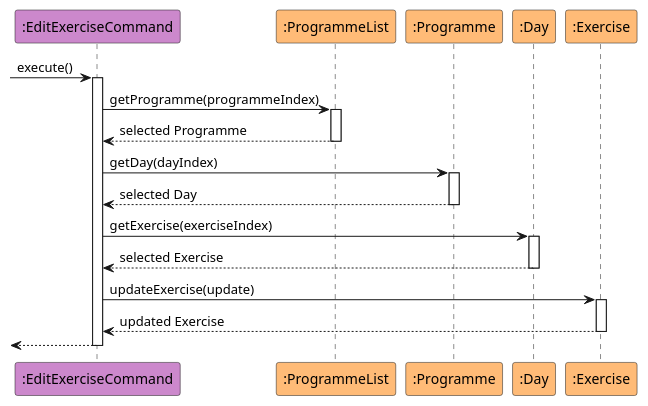
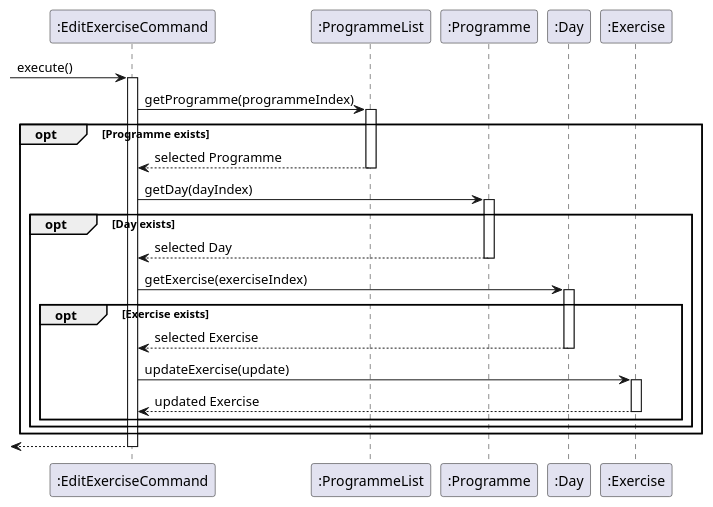
One commit to nus-cs2113-AY2425S1/tp changed the diagram in docs/diagrams/editExerciseCommand.puml. Above: the diagram before and after it, drawn with PlantUML. The commit also changed 19 other files, not shown here.

Commit message:
Polish Edit Command documentation

```diff
--- a/docs/diagrams/editExerciseCommand.puml
+++ b/docs/diagrams/editExerciseCommand.puml
@@ -1,35 +1,42 @@
 @startuml
-participant ":EditExerciseCommand" as AddExerciseCommand #cc88cc
-participant ":ProgrammeList" as ProgrammeList #ffbb77
-participant ":Programme" as Programme #ffbb77
-participant ":Day" as Day #ffbb77
-participant ":Exercise" as Exercise #ffbb77
+participant ":EditExerciseCommand" as EditExerciseCommand
+participant ":ProgrammeList" as ProgrammeList
+participant ":Programme" as Programme
+participant ":Day" as Day
+participant ":Exercise" as Exercise
 
+-> EditExerciseCommand : execute()
+activate EditExerciseCommand
 
+EditExerciseCommand -> ProgrammeList : getProgramme(programmeIndex)
+activate ProgrammeList
 
--> AddExerciseCommand : execute()
-activate AddExerciseCommand
+opt Programme exists
+    ProgrammeList --> EditExerciseCommand : selected Programme
+    deactivate ProgrammeList
 
-AddExerciseCommand -> ProgrammeList : getProgramme(programmeIndex)
-activate ProgrammeList
-ProgrammeList --> AddExerciseCommand : selected Programme
-deactivate ProgrammeList
+    EditExerciseCommand -> Programme : getDay(dayIndex)
+    activate Programme
 
-AddExerciseCommand -> Programme : getDay(dayIndex)
-activate Programme
-Programme --> AddExerciseCommand : selected Day
-deactivate Programme
+    opt Day exists
+        Programme --> EditExerciseCommand : selected Day
+        deactivate Programme
 
-AddExerciseCommand -> Day: getExercise(exerciseIndex)
-activate Day
-Day --> AddExerciseCommand: selected Exercise
-deactivate Day
+        EditExerciseCommand -> Day: getExercise(exerciseIndex)
+        activate Day
 
-AddExerciseCommand -> Exercise: updateExercise(update)
-activate Exercise
-AddExerciseCommand <-- Exercise: updated Exercise
-deactivate Exercise
+        opt Exercise exists
+            Day --> EditExerciseCommand: selected Exercise
+            deactivate Day
 
-<-- AddExerciseCommand
-deactivate AddExerciseCommand
+            EditExerciseCommand -> Exercise: updateExercise(update)
+            activate Exercise
+            Exercise --> EditExerciseCommand: updated Exercise
+            deactivate Exercise
+        end
+    end
+end
+
+<-- EditExerciseCommand
+deactivate EditExerciseCommand
 @enduml
```
